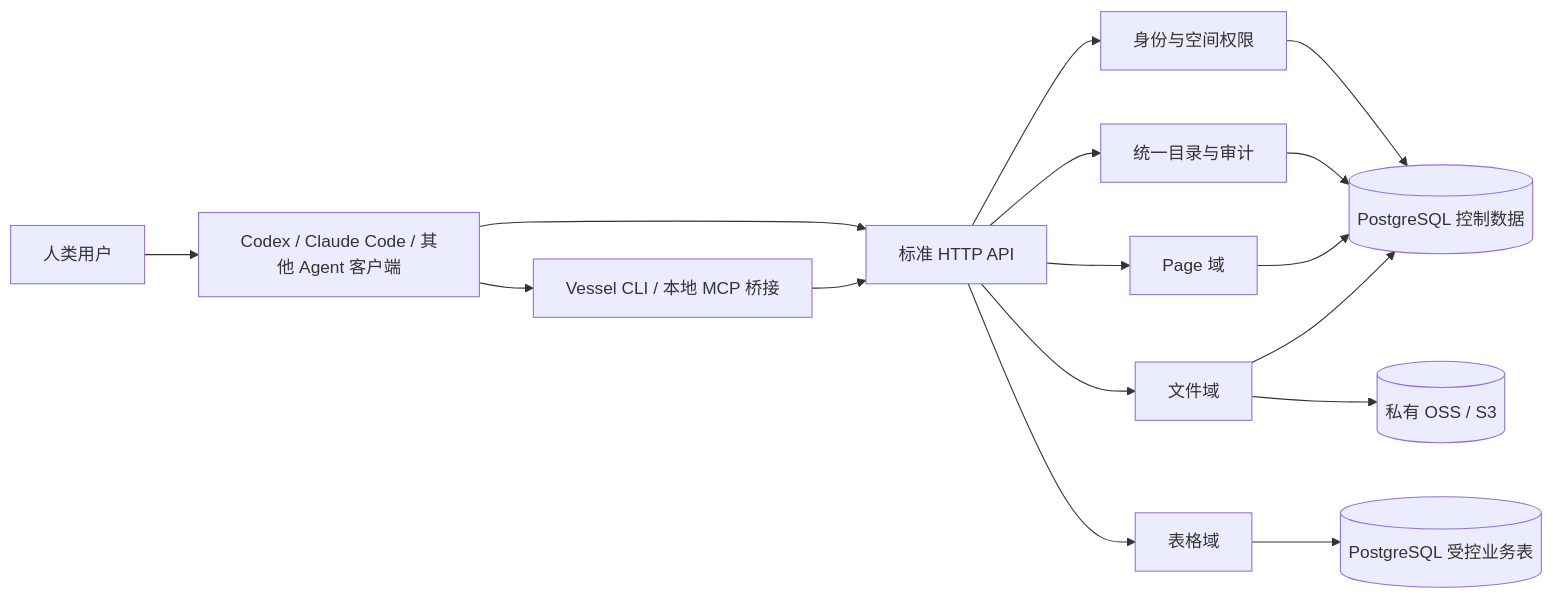
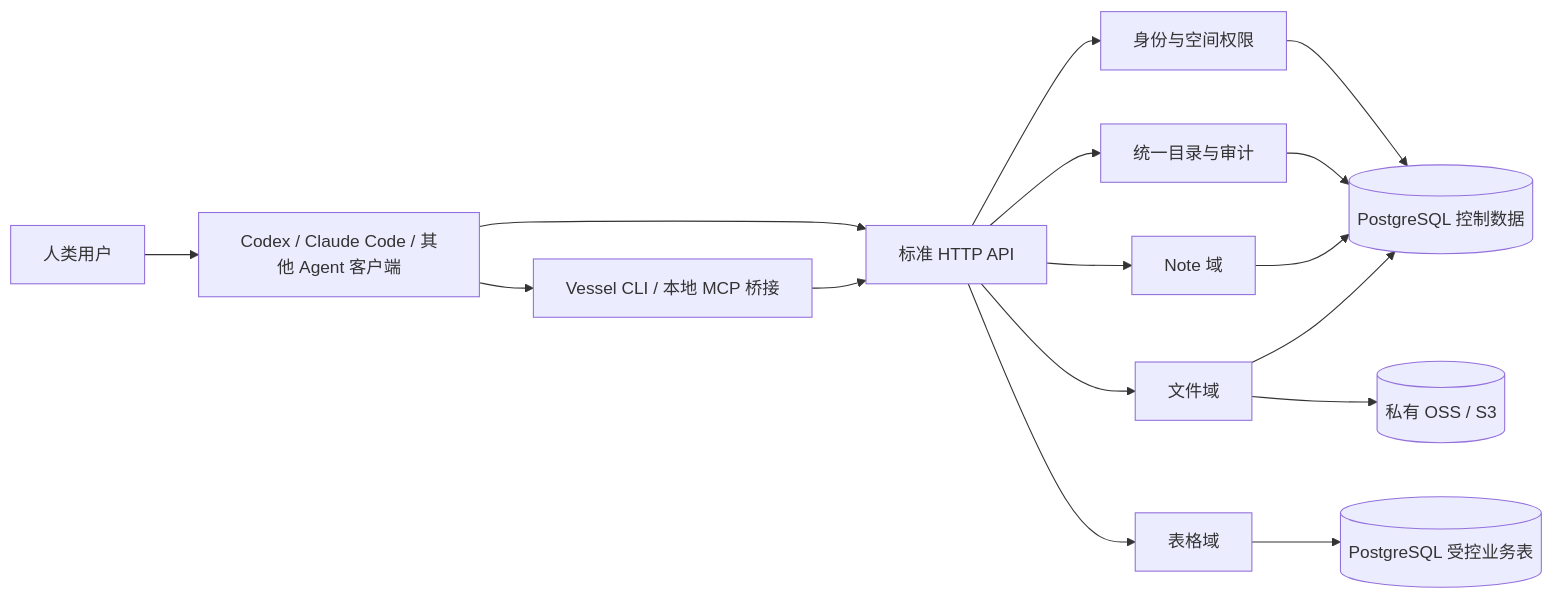
The diagram in docs/technical-design.md (brightman/vessel), drawn with Mermaid before and after one commit. The commit also changed other lines of this file and 778 other files, not shown here.

````diff
--- a/docs/technical-design.md
+++ b/docs/technical-design.md
@@ -39,18 +39,18 @@
 ```mermaid
 flowchart LR
   H[人类用户] --> C[Codex / Claude Code / 其他 Agent 客户端]
   C --> CLI[Vessel CLI / 本地 MCP 桥接]
   C --> HTTP[标准 HTTP API]
   CLI --> HTTP
   HTTP --> AUTH[身份与空间权限]
   HTTP --> ITEM[统一目录与审计]
   HTTP --> FILE[文件域]
   HTTP --> TABLE[表格域]
-  HTTP --> PAGE[Page 域]
+  HTTP --> NOTE[Note 域]
   AUTH --> PG[(PostgreSQL 控制数据)]
   ITEM --> PG
   TABLE --> DATA[(PostgreSQL 受控业务表)]
-  PAGE --> PG
+  NOTE --> PG
   FILE --> PG
   FILE --> OBJ[(私有 OSS / S3)]
 ```
````
